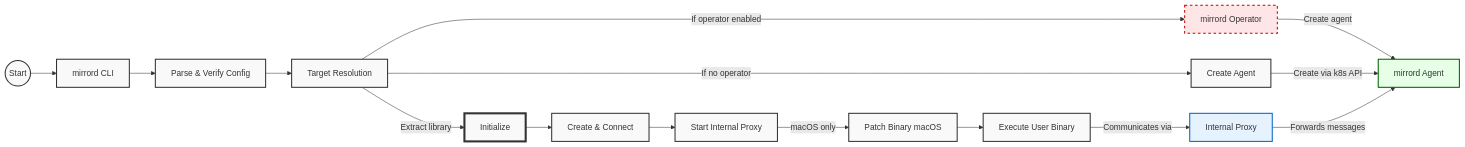
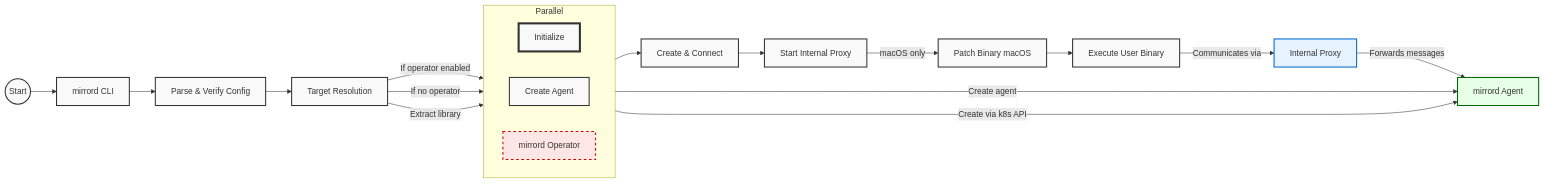
One commit to metalbear-co/mirrord changed the first of 2 diagrams in mirrord/cli/README.md. Above: the diagram before and after it, drawn with Mermaid. The commit also changed other lines of this file and 1 other file, not shown here.

Commit message:
improve diagram, and sequence

````diff
--- a/mirrord/cli/README.md
+++ b/mirrord/cli/README.md
@@ -28,46 +28,54 @@
 ```mermaid
 flowchart LR
     %% Nodes
     Start((Start))
     CLI[mirrord CLI]
     Config[Parse & Verify Config]
     Target[Target Resolution]
     Init[Initialize]
     CreateAgent[Create Agent]
     Connect[Create & Connect]
     ProxyStart[Start Internal Proxy]
     Patch[Patch Binary macOS]
     Exec[Execute User Binary]
     IntProxy[Internal Proxy]
     Agent[mirrord Agent]
     Operator[mirrord Operator]
 
     %% Styles
     classDef default fill:#f9f9f9,stroke:#333,stroke-width:2px
     classDef proxy fill:#e6f3ff,stroke:#0066cc,stroke-width:2px
     classDef agent fill:#e6ffe6,stroke:#006600,stroke-width:2px
     classDef operator fill:#ffe6e6,stroke:#cc0000,stroke-width:2px,stroke-dasharray: 5 5
     classDef init fill:#f9f9f9,stroke:#333,stroke-width:4px
 
     %% Apply styles
     class IntProxy proxy
     class Agent agent
     class Operator operator
     class Init init
 
     %% Flow
     Start --> CLI
     CLI --> Config
     Config --> Target
     Target --> |If operator enabled| Operator
     Operator --> |Create agent| Agent
     Target --> |If no operator| CreateAgent
     CreateAgent --> |Create via k8s API| Agent
     Target --> |Extract library| Init
     Init --> Connect
     Connect --> ProxyStart
     ProxyStart --> |macOS only| Patch
     Patch --> Exec
     Exec --> |Communicates via| IntProxy
     IntProxy --> |Forwards messages| Agent
+
+    %% Note: Create Agent, mirrord Operator, and Initialize steps happen in parallel
+    subgraph Parallel
+        direction LR
+        CreateAgent
+        Operator
+        Init
+    end
 ```
````
